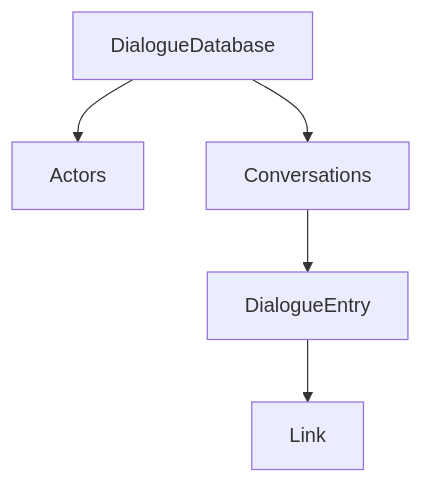
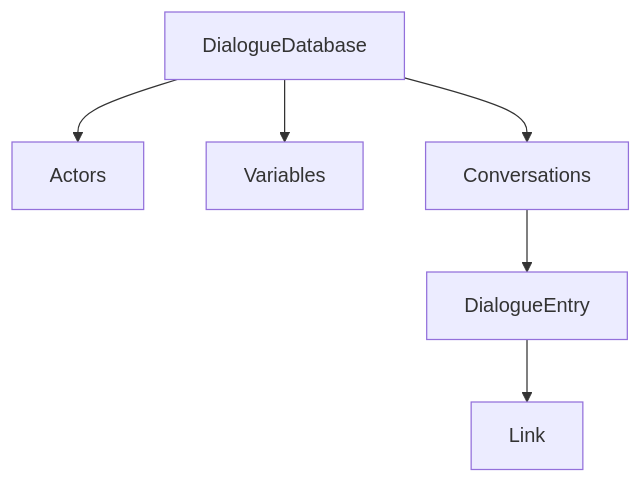
One commit to giusdp/bevy_talks changed the diagram in docs/src/concepts/database.md. Above: the diagram before and after it, drawn with Mermaid. The commit also changed other lines of this file and 4 other files, not shown here.

````diff
--- a/docs/src/concepts/database.md
+++ b/docs/src/concepts/database.md
@@ -5,7 +5,8 @@
 ```mermaid
 graph TD
     DB[DialogueDatabase] --> Actors
+    DB --> Variables
     DB --> Conversations
     Conversations --> Entries[DialogueEntry]
     Entries --> Links[Link]
 ```
````
